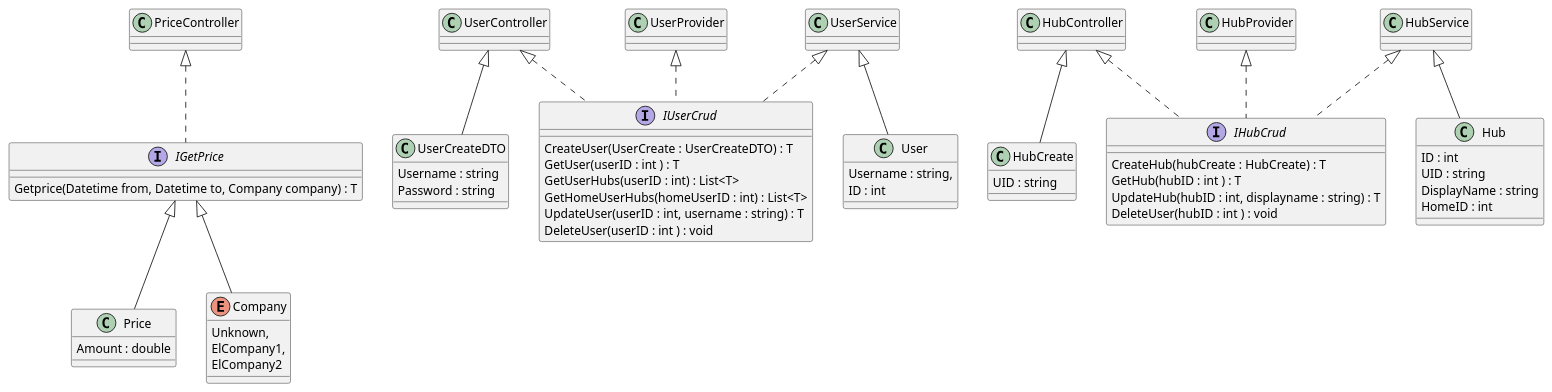
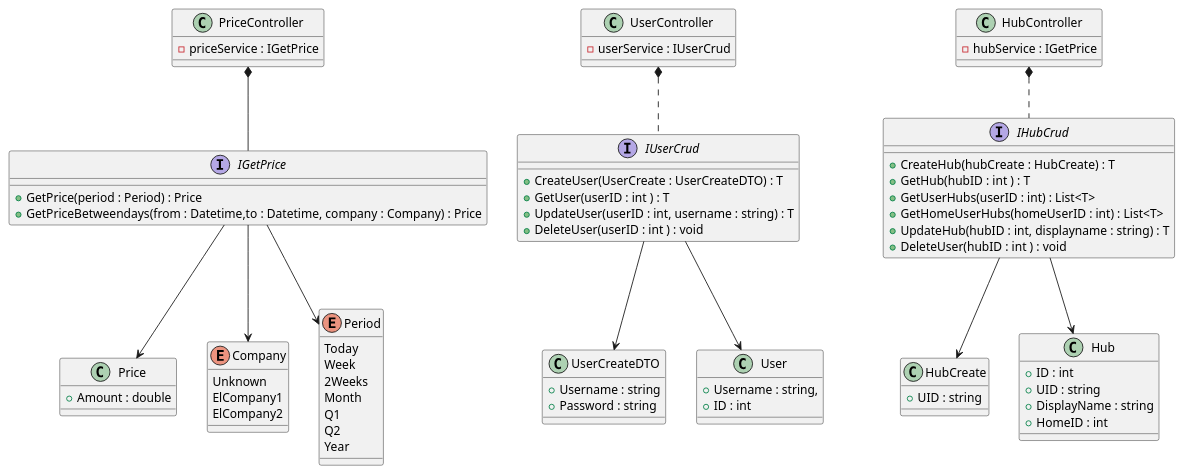
Before and after one commit to Casp7654/XPower: the diagram in docs/class diagrams/xPowerAPI.plantuml, drawn with PlantUML. The commit also changed 1 other file, not shown here.

Commit message:
Added api and web klient diagrams

```diff
--- a/docs/class diagrams/xPowerAPI.plantuml
+++ b/docs/class diagrams/xPowerAPI.plantuml
@@ -1,110 +1,104 @@
 @startuml API
 
 interface IGetPrice
 {
-    Getprice(Datetime from, Datetime to, Company company) : T
+    +GetPrice(period : Period) : Price
+    +GetPriceBetweendays(from : Datetime,to : Datetime, company : Company) : Price
 }
 
-class PriceController 
+class PriceController
 {
-
+    -priceService : IGetPrice
 }
 
 class Price
 {
-    Amount : double
+    +Amount : double
 }
 
-enum Company{
-    Unknown,
-    ElCompany1,
+enum Company
+{
+    Unknown
+    ElCompany1
     ElCompany2
+}
+
+enum Period
+{
+    Today
+    Week
+    2Weeks
+    Month
+    Q1
+    Q2
+    Year
 }
 
 interface IUserCrud
 {
-    CreateUser(UserCreate : UserCreateDTO) : T  
-    GetUser(userID : int ) : T
-    GetUserHubs(userID : int) : List<T>
-    GetHomeUserHubs(homeUserID : int) : List<T>
-    UpdateUser(userID : int, username : string) : T
-    DeleteUser(userID : int ) : void
+    +CreateUser(UserCreate : UserCreateDTO) : T  
+    +GetUser(userID : int ) : T
+    +UpdateUser(userID : int, username : string) : T
+    +DeleteUser(userID : int ) : void
 }
 
 class UserController
 {
-
-}
-
-class UserService
-{
-
+    -userService : IUserCrud
 }
 
 class UserCreateDTO
 {
-    Username : string
-    Password : string
+    +Username : string
+    +Password : string
 }
 
 class User
 {
-    Username : string,
-    ID : int
+    +Username : string,
+    +ID : int
 }
-
 
 interface IHubCrud
 {
-    CreateHub(hubCreate : HubCreate) : T  
-    GetHub(hubID : int ) : T
-    UpdateHub(hubID : int, displayname : string) : T
-    DeleteUser(hubID : int ) : void
+    +CreateHub(hubCreate : HubCreate) : T  
+    +GetHub(hubID : int ) : T
+    +GetUserHubs(userID : int) : List<T>
+    +GetHomeUserHubs(homeUserID : int) : List<T>
+    +UpdateHub(hubID : int, displayname : string) : T
+    +DeleteUser(hubID : int ) : void
 }
 
 class HubController
 {
-
-}
-
-class HubService
-{
-
-}
-
-class HubProvider
-{
-
+    -hubService : IGetPrice
 }
 
 class HubCreate
 {
-    UID : string
+    +UID : string
 }
 
 class Hub
 {
-    ID : int
-    UID : string
-    DisplayName : string
-    HomeID : int
+    +ID : int
+    +UID : string
+    +DisplayName : string
+    +HomeID : int
 }
 
-PriceController <|.. IGetPrice
-IGetPrice <|-- Price
-IGetPrice <|-- Company
+PriceController *-- IGetPrice
+IGetPrice --> Price
+IGetPrice --> Company
+IGetPrice --> Period
 
-UserController <|.. IUserCrud
-UserService <|.. IUserCrud
-UserProvider <|.. IUserCrud
-UserService <|-- User
-UserController <|-- UserCreateDTO
+UserController *.. IUserCrud
+IUserCrud --> UserCreateDTO
+IUserCrud --> User
+
+HubController *.. IHubCrud
+IHubCrud --> HubCreate
+IHubCrud --> Hub
 
 
-HubController <|.. IHubCrud
-HubService <|.. IHubCrud
-HubProvider <|.. IHubCrud
-HubService <|-- Hub
-HubController <|-- HubCreate
-
 @enduml
```
